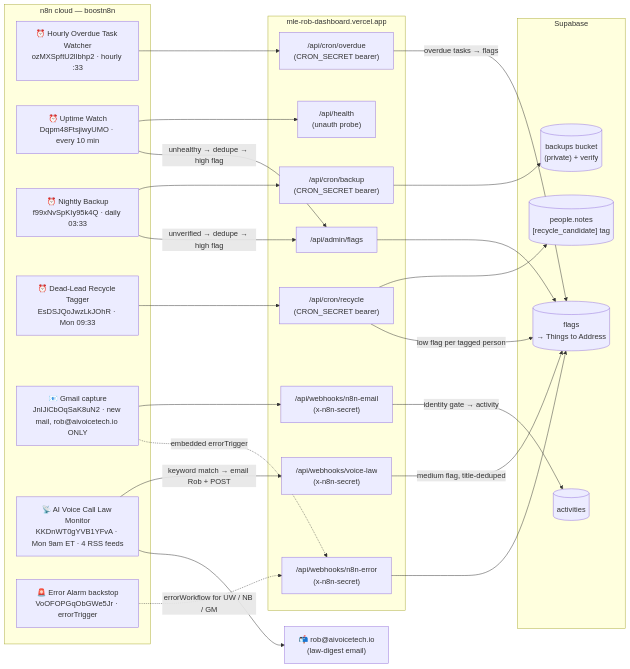
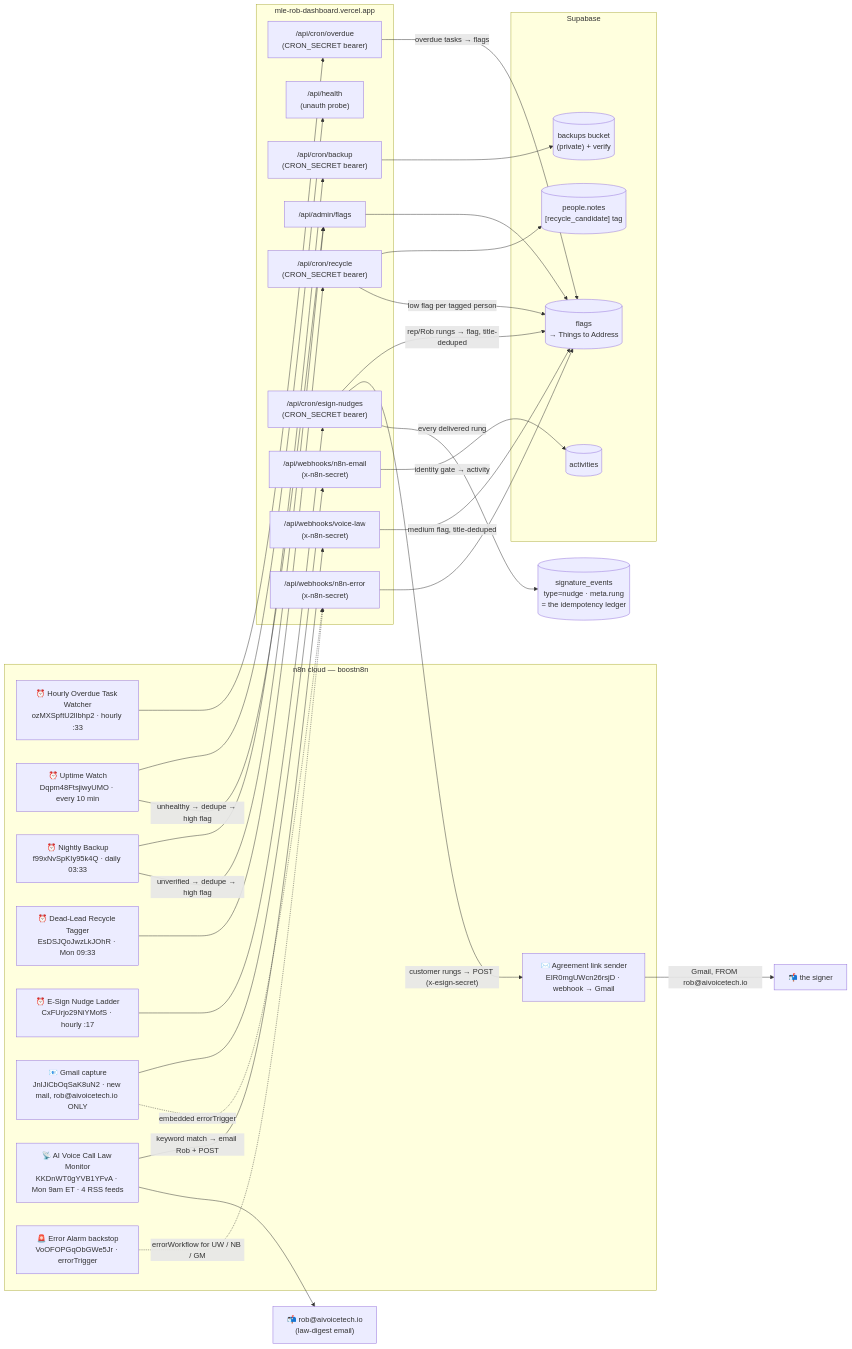
One commit to blacklabelbob/mle-rob-dashboard changed the diagram in docs/ops/N8N-WORKFLOW-MAP.md. Above: the diagram before and after it, drawn with Mermaid. The commit also changed other lines of this file and 4 other files, not shown here.

````diff
--- a/docs/ops/N8N-WORKFLOW-MAP.md
+++ b/docs/ops/N8N-WORKFLOW-MAP.md
@@ -8,44 +8,52 @@
 ```mermaid
 flowchart LR
   subgraph N8N["n8n cloud — boostn8n"]
     OT["⏰ Hourly Overdue Task Watcher<br/>ozMXSpftU2lIbhp2 · hourly :33"]
     UW["⏰ Uptime Watch<br/>Dqpm48FtsjiwyUMO · every 10 min"]
     NB["⏰ Nightly Backup<br/>f99xNvSpKIy95k4Q · daily 03:33"]
     RC["⏰ Dead-Lead Recycle Tagger<br/>EsDSJQoJwzLkJOhR · Mon 09:33"]
+    EN["⏰ E-Sign Nudge Ladder<br/>CxFUrjo29NiYMofS · hourly :17"]
+    AS["✉️ Agreement link sender<br/>EIR0mgUWcn26rsjD · webhook → Gmail"]
     GM["📧 Gmail capture<br/>JnIJiCbOqSaK8uN2 · new mail, rob@aivoicetech.io ONLY"]
     LM["📡 AI Voice Call Law Monitor<br/>KKDnWT0gYVB1YFvA · Mon 9am ET · 4 RSS feeds"]
     EA["🚨 Error Alarm backstop<br/>VoOFOPGqObGWe5Jr · errorTrigger"]
   end
 
   subgraph CRM["mle-rob-dashboard.vercel.app"]
     health["/api/health<br/>(unauth probe)"]
     overdue["/api/cron/overdue<br/>(CRON_SECRET bearer)"]
     backup["/api/cron/backup<br/>(CRON_SECRET bearer)"]
     recycle["/api/cron/recycle<br/>(CRON_SECRET bearer)"]
+    nudges["/api/cron/esign-nudges<br/>(CRON_SECRET bearer)"]
     email["/api/webhooks/n8n-email<br/>(x-n8n-secret)"]
     voicelaw["/api/webhooks/voice-law<br/>(x-n8n-secret)"]
     n8nerror["/api/webhooks/n8n-error<br/>(x-n8n-secret)"]
     flagsapi["/api/admin/flags"]
   end
 
   subgraph DATA["Supabase"]
     flags[("flags<br/>→ Things to Address")]
     activities[("activities")]
     people[("people.notes<br/>[recycle_candidate] tag")]
     bucket[("backups bucket<br/>(private) + verify")]
   end
 
   UW --> health
   UW -- "unhealthy → dedupe → high flag" --> flagsapi --> flags
   NB --> backup --> bucket
   NB -- "unverified → dedupe → high flag" --> flagsapi
   OT --> overdue -- "overdue tasks → flags" --> flags
   RC --> recycle --> people
   recycle -- "low flag per tagged person" --> flags
+  EN --> nudges
+  nudges -- "rep/Rob rungs → flag, title-deduped" --> flags
+  nudges -- "customer rungs → POST (x-esign-secret)" --> AS
+  AS -- "Gmail, FROM rob@aivoicetech.io" --> SignerMail["📬 the signer"]
+  nudges -- "every delivered rung" --> sigevents[("signature_events<br/>type=nudge · meta.rung<br/>= the idempotency ledger")]
   GM --> email -- "identity gate → activity" --> activities
   LM -- "keyword match → email Rob + POST" --> voicelaw -- "medium flag, title-deduped" --> flags
   GM -. "embedded errorTrigger" .-> n8nerror
   EA -. "errorWorkflow for UW / NB / GM" .-> n8nerror --> flags
   RobMail["📬 rob@aivoicetech.io<br/>(law-digest email)"]
   LM --> RobMail
 ```
````
